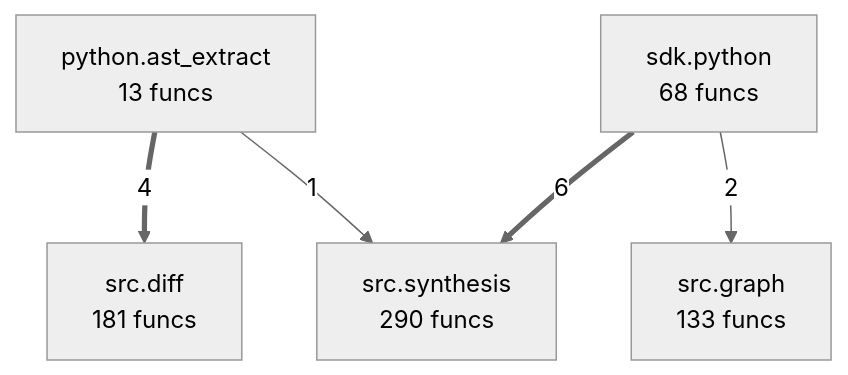
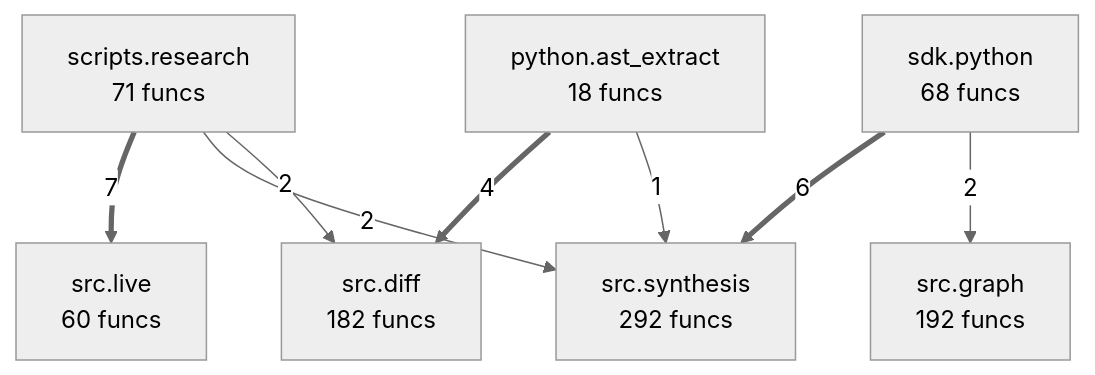
The diagram in project/compact_flow.mmd (autogrammar/todo2code), drawn with Mermaid (neutral theme) before and after one commit. The commit also changed 30 other files, not shown here.

```diff
--- a/project/compact_flow.mmd
+++ b/project/compact_flow.mmd
@@ -1,11 +1,16 @@
 flowchart TD
-%% generated in 0.03s
-    python__ast_extract["python.ast_extract<br/>13 funcs"]
+%% generated in 0.04s
+    python__ast_extract["python.ast_extract<br/>18 funcs"]
+    scripts__research["scripts.research<br/>71 funcs"]
     sdk__python["sdk.python<br/>68 funcs"]
-    src__diff["src.diff<br/>181 funcs"]
-    src__graph["src.graph<br/>133 funcs"]
-    src__synthesis["src.synthesis<br/>290 funcs"]
+    src__diff["src.diff<br/>182 funcs"]
+    src__graph["src.graph<br/>192 funcs"]
+    src__live["src.live<br/>60 funcs"]
+    src__synthesis["src.synthesis<br/>292 funcs"]
+    scripts__research ==>|7| src__live
     sdk__python ==>|6| src__synthesis
     python__ast_extract ==>|4| src__diff
     sdk__python -->|2| src__graph
+    scripts__research -->|2| src__synthesis
+    scripts__research -->|2| src__diff
     python__ast_extract -->|1| src__synthesis
```
